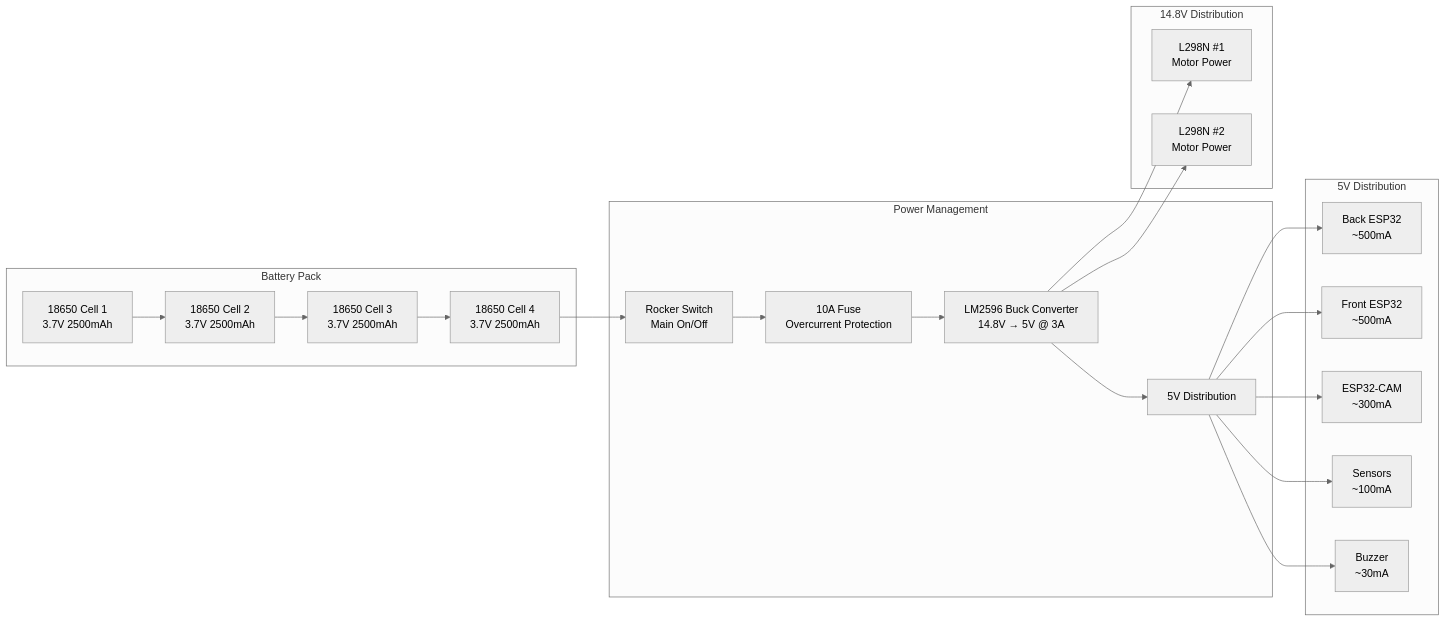
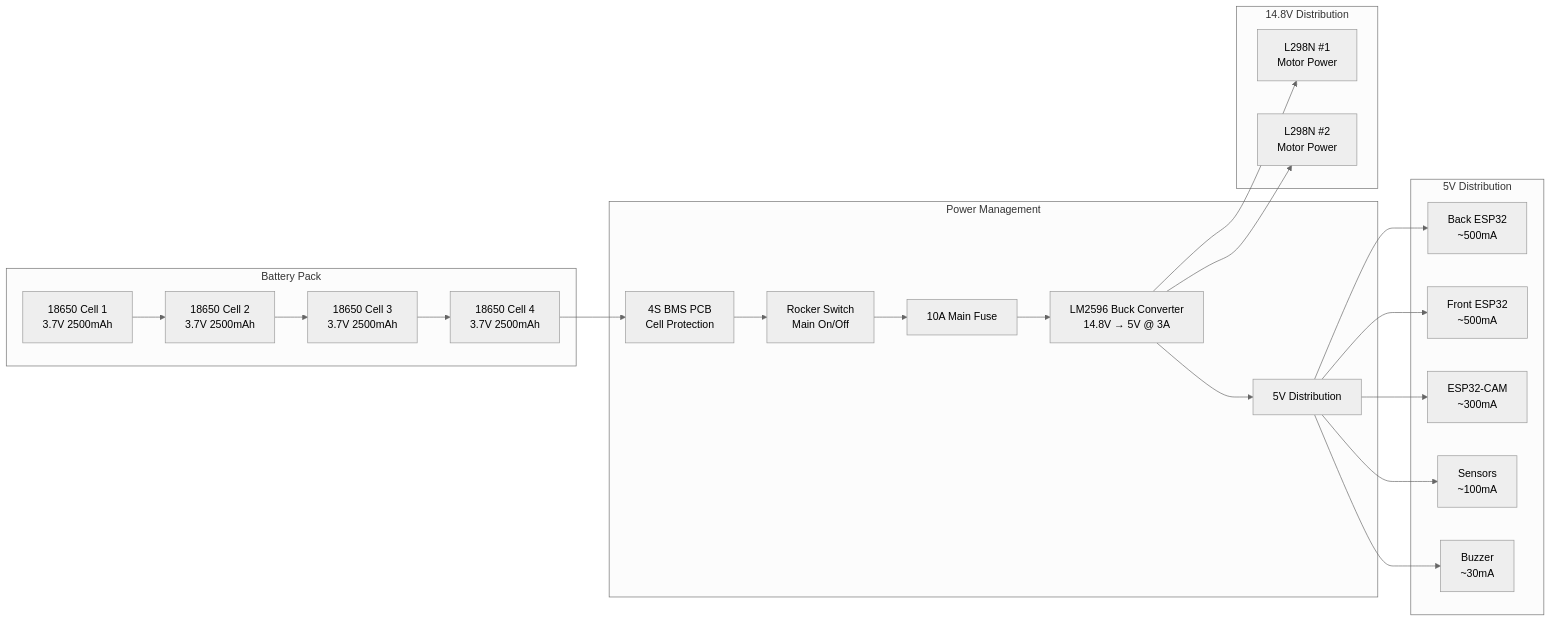
One commit to NiloyTheSpd/nightfall changed the first of 2 diagrams in docs/wiring-guide-complete.md. Above: the diagram before and after it, drawn with Mermaid (neutral theme). The commit also changed other lines of this file and 5 other files, not shown here.

````diff
--- a/docs/wiring-guide-complete.md
+++ b/docs/wiring-guide-complete.md
@@ -303,38 +330,39 @@
 ```mermaid
 graph LR
     subgraph "Battery Pack"
         B1[18650 Cell 1<br/>3.7V 2500mAh]
         B2[18650 Cell 2<br/>3.7V 2500mAh]
         B3[18650 Cell 3<br/>3.7V 2500mAh]
         B4[18650 Cell 4<br/>3.7V 2500mAh]
         B1 --> B2 --> B3 --> B4
     end
 
     subgraph "Power Management"
+        BMS[4S BMS PCB<br/>Cell Protection]
         RS[Rocker Switch<br/>Main On/Off]
-        FUSE[10A Fuse<br/>Overcurrent Protection]
+        FUSE[10A Main Fuse]
         BC[LM2596 Buck Converter<br/>14.8V → 5V @ 3A]
         BC --> 5V_DIST[5V Distribution]
-        B4 --> RS --> FUSE --> BC
+        B4 --> BMS --> RS --> FUSE --> BC
     end
 
     subgraph "14.8V Distribution"
         M1[L298N #1<br/>Motor Power]
         M2[L298N #2<br/>Motor Power]
         BC --> M1
         BC --> M2
     end
 
     subgraph "5V Distribution"
         ESP1[Back ESP32<br/>~500mA]
         ESP2[Front ESP32<br/>~500mA]
         CAM[ESP32-CAM<br/>~300mA]
         SENSOR[Sensors<br/>~100mA]
         BUZZER[Buzzer<br/>~30mA]
         5V_DIST --> ESP1
         5V_DIST --> ESP2
         5V_DIST --> CAM
         5V_DIST --> SENSOR
         5V_DIST --> BUZZER
     end
 ```
````
